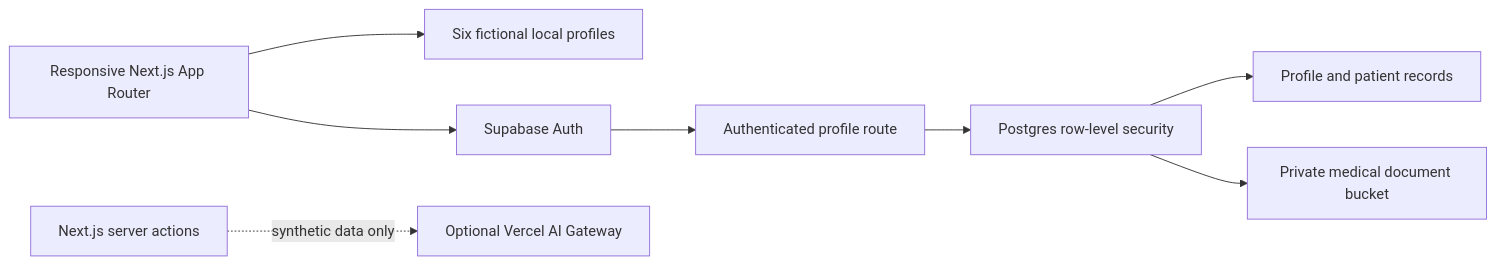
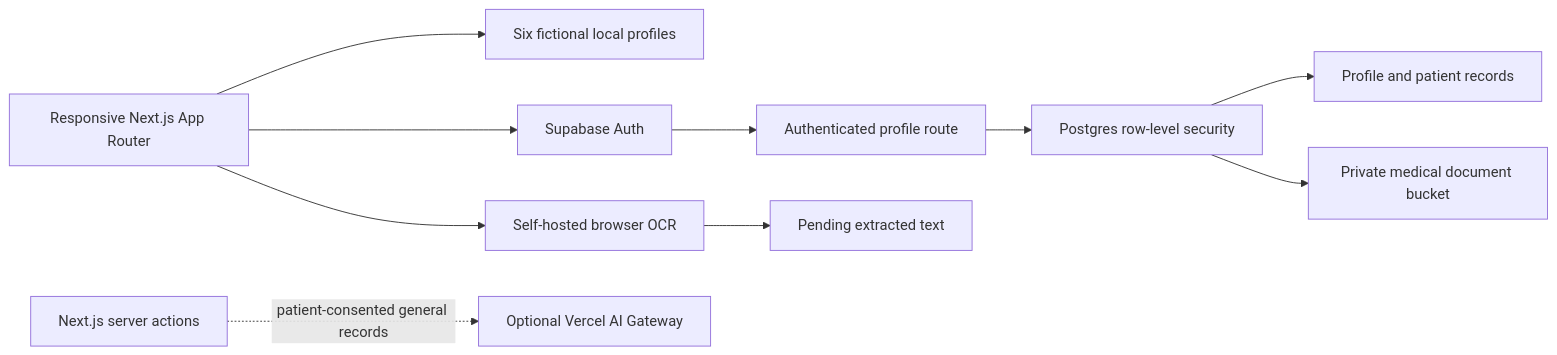
Before and after one commit to Arya99908/medvita-healthcare-platform: the diagram in docs/architecture.md, drawn with Mermaid. The commit also changed other lines of this file and 229 other files, not shown here.

Commit message:
Add private on-device document OCR review

````diff
--- a/docs/architecture.md
+++ b/docs/architecture.md
@@ -5,10 +5,12 @@
 ```mermaid
 flowchart LR
   Browser[Responsive Next.js App Router] --> Demo[Six fictional local profiles]
   Browser --> Auth[Supabase Auth]
   Auth --> Account[Authenticated profile route]
   Account --> RLS[Postgres row-level security]
   RLS --> Records[Profile and patient records]
   RLS --> Storage[Private medical document bucket]
-  Server[Next.js server actions] -. synthetic data only .-> AI[Optional Vercel AI Gateway]
+  Browser --> LocalOCR[Self-hosted browser OCR]
+  LocalOCR --> Review[Pending extracted text]
+  Server[Next.js server actions] -. patient-consented general records .-> AI[Optional Vercel AI Gateway]
 ```
````
